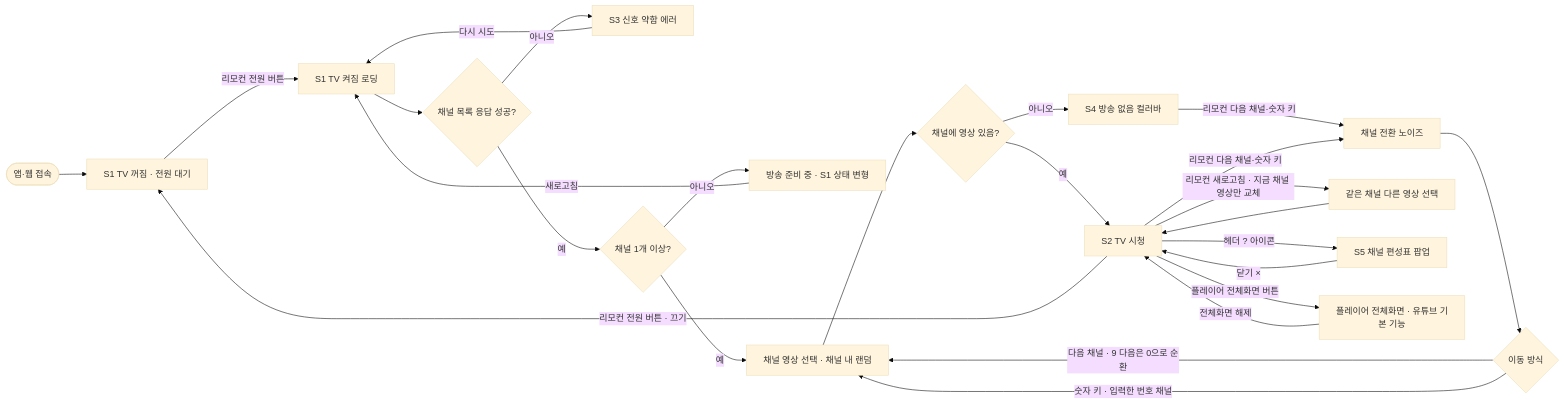
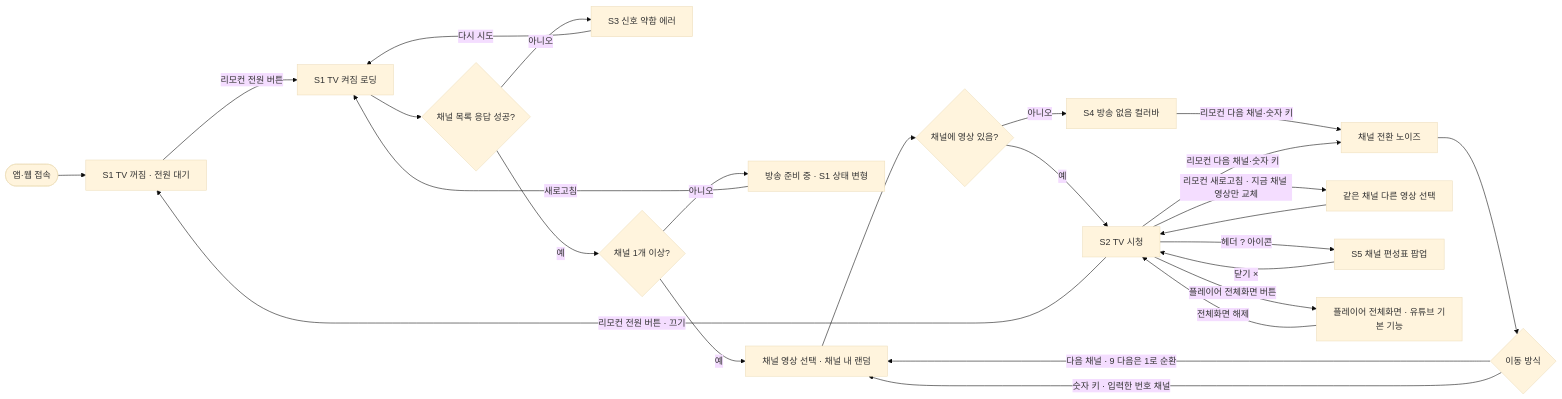
One commit to neordinary-hackathon-2/nerodinary_hackathon changed the diagram in docs/planning/03-flow.md. Above: the diagram before and after it, drawn with Mermaid (base theme). The commit also changed other lines of this file and 3 other files, not shown here.

````diff
--- a/docs/planning/03-flow.md
+++ b/docs/planning/03-flow.md
@@ -12,25 +12,25 @@
 ```mermaid
 flowchart LR
   A([앱·웹 접속]) --> O[S1 TV 꺼짐 · 전원 대기]
   O -->|리모컨 전원 버튼| B[S1 TV 켜짐 로딩]
   C -->|리모컨 전원 버튼 · 끄기| O
   B --> Q1{채널 목록 응답 성공?}
   Q1 -->|아니오| E[S3 신호 약함 에러]
   E -->|다시 시도| B
   Q1 -->|예| Q2{채널 1개 이상?}
   Q2 -->|아니오| G[방송 준비 중 · S1 상태 변형]
   G -->|새로고침| B
   Q2 -->|예| P[채널 영상 선택 · 채널 내 랜덤]
   P --> Q3{채널에 영상 있음?}
   Q3 -->|예| C[S2 TV 시청]
   Q3 -->|아니오| F[S4 방송 없음 컬러바]
   F -->|리모컨 다음 채널·숫자 키| D
   C -->|리모컨 다음 채널·숫자 키| D[채널 전환 노이즈]
   C -->|리모컨 새로고침 · 지금 채널 영상만 교체| P2[같은 채널 다른 영상 선택] --> C
   C -->|헤더 ? 아이콘| T[S5 채널 편성표 팝업] -->|닫기 ×| C
   C -->|플레이어 전체화면 버튼| H[플레이어 전체화면 · 유튜브 기본 기능]
   H -->|전체화면 해제| C
   D --> Q4{이동 방식}
-  Q4 -->|다음 채널 · 9 다음은 0으로 순환| P
+  Q4 -->|다음 채널 · 9 다음은 1로 순환| P
   Q4 -->|숫자 키 · 입력한 번호 채널| P
 ```
````
